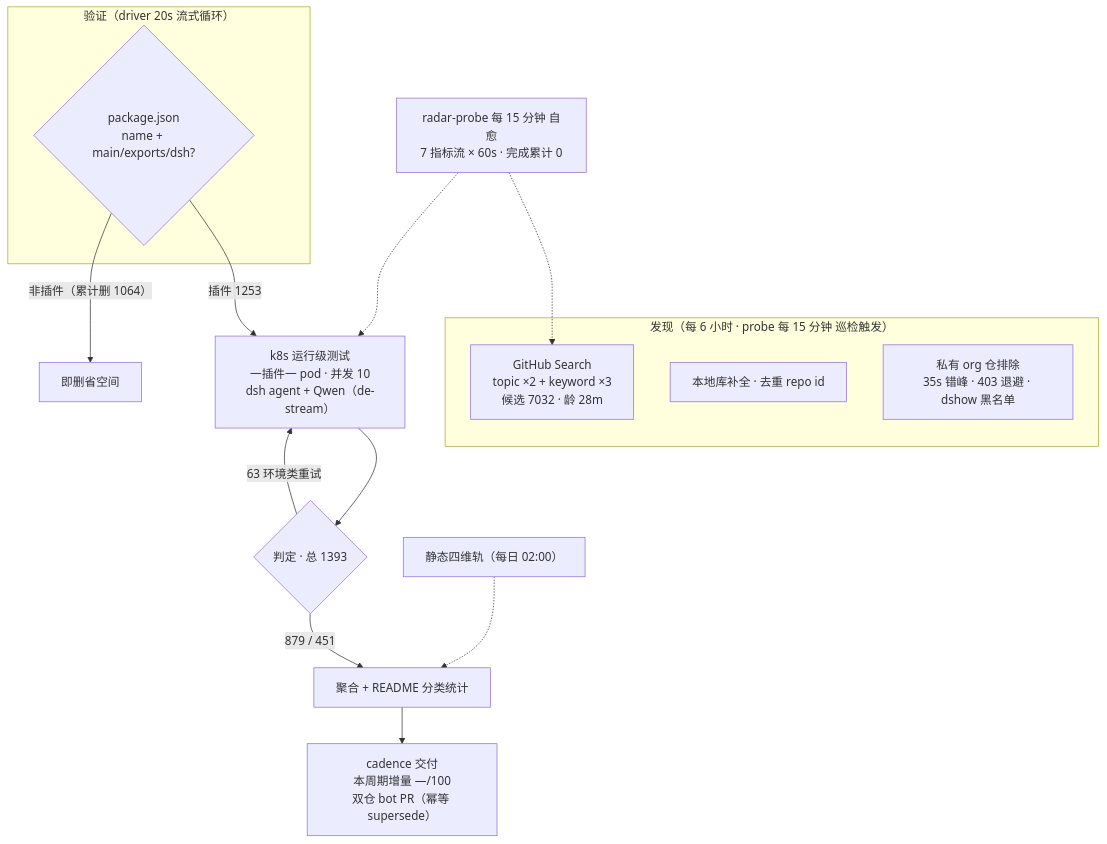
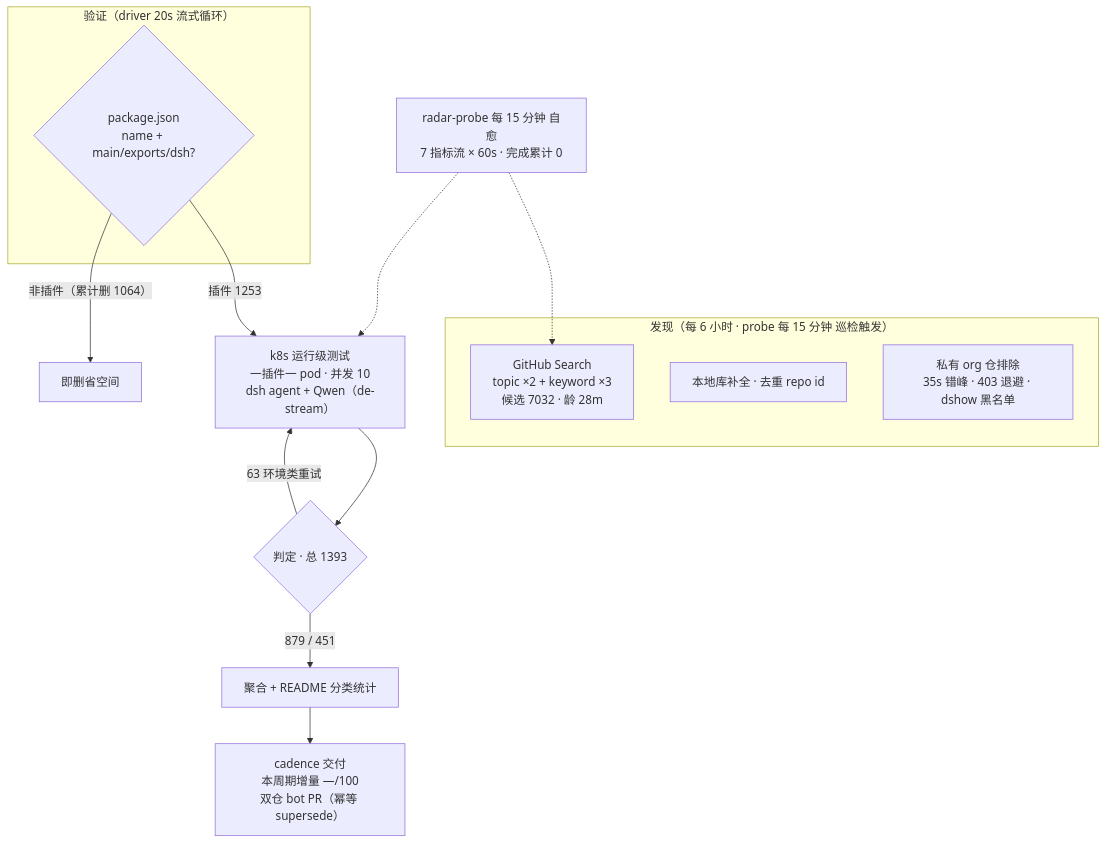
The diagram in README.md (AdamPlatin123/awesome-dsh-plugins), drawn with Mermaid before and after one commit. The commit also changed other lines of this file and 2 other files, not shown here.

Commit message:
fix(radar): 生态快照删僵尸行（静态轨 08-13 化石与 PR 遗留值，快照字段恒空不再产出）+ mermaid 移除静态四维轨节点；渲染器删对应死正则，遵守「缺失不沿用旧值」约定

````diff
--- a/README.md
+++ b/README.md
@@ -30,20 +30,19 @@
 ```mermaid
 flowchart TB
     subgraph Discovery[" 发现（每 6 小时 · probe 每 15 分钟 巡检触发）"]
         A1["GitHub Search<br/>topic ×2 + keyword ×3<br/>候选 7032 · 龄 28m"]
         A2["本地库补全 · 去重 repo id"]
         A3[" 私有 org 仓排除<br/>35s 错峰 · 403 退避 · dshow 黑名单"]
     end
     subgraph Validation[" 验证（driver 20s 流式循环）"]
         B1{"package.json<br/>name + main/exports/dsh?"}
     end
     B1 -->|"插件 1253"| C1["k8s 运行级测试<br/>一插件一 pod · 并发 10<br/>dsh agent + Qwen（de-stream）"]
     B1 -->|"非插件（累计删 1064）"| B3[" 即删省空间"]
     C1 --> D1{"判定 · 总 1393"}
     D1 -->|" 879 /  451"| E1["聚合 + README 分类统计"]
     D1 -->|" 63 环境类重试"| C1
     E1 --> E2["cadence 交付<br/>本周期增量 —/100<br/>双仓 bot PR（幂等 supersede）"]
-    S[" 静态四维轨（每日 02:00）"] -.-> E1
     M[" radar-probe 每 15 分钟 自愈<br/>7 指标流 × 60s · 完成累计 0"] -.-> A1
     M -.-> C1
 ```
````
